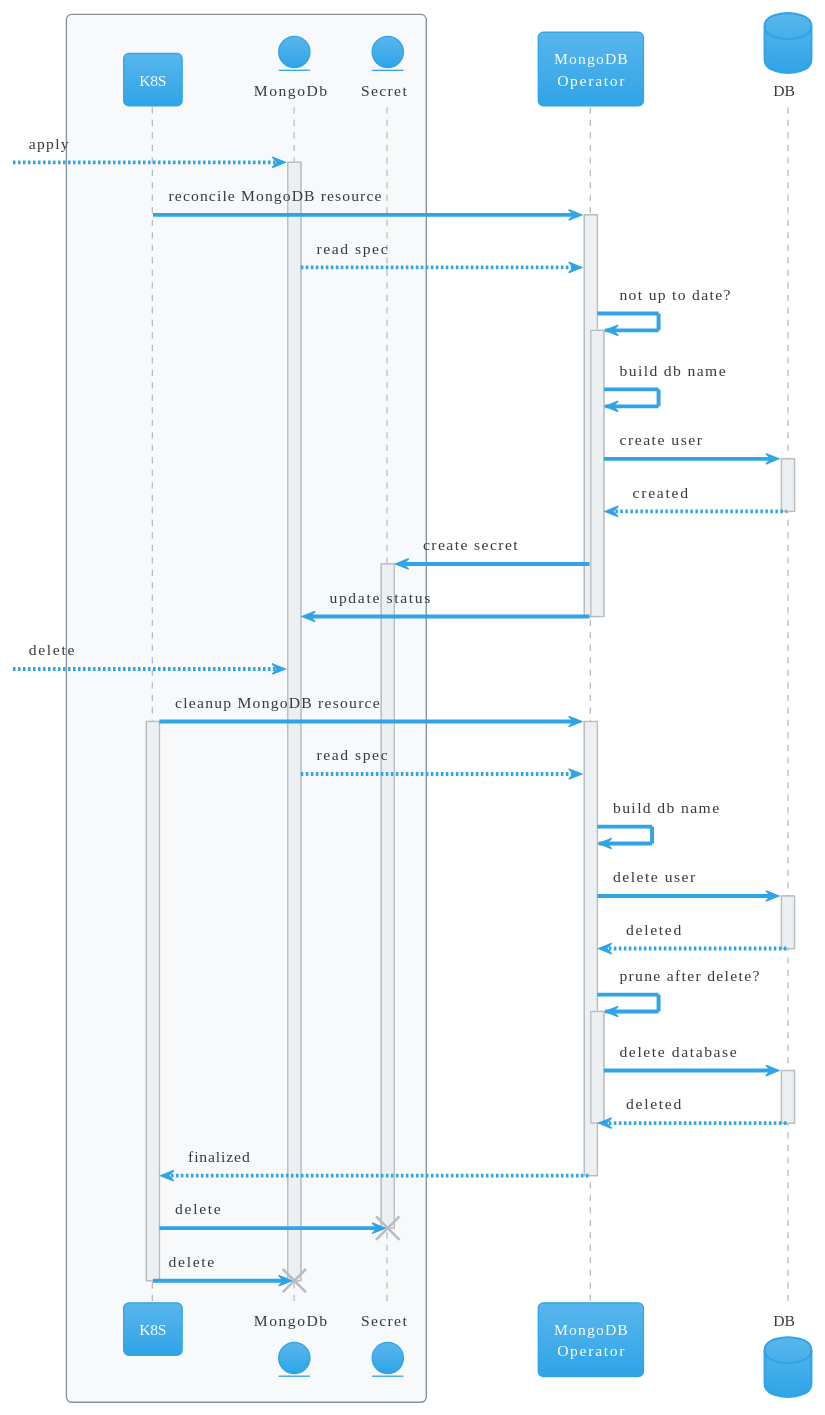
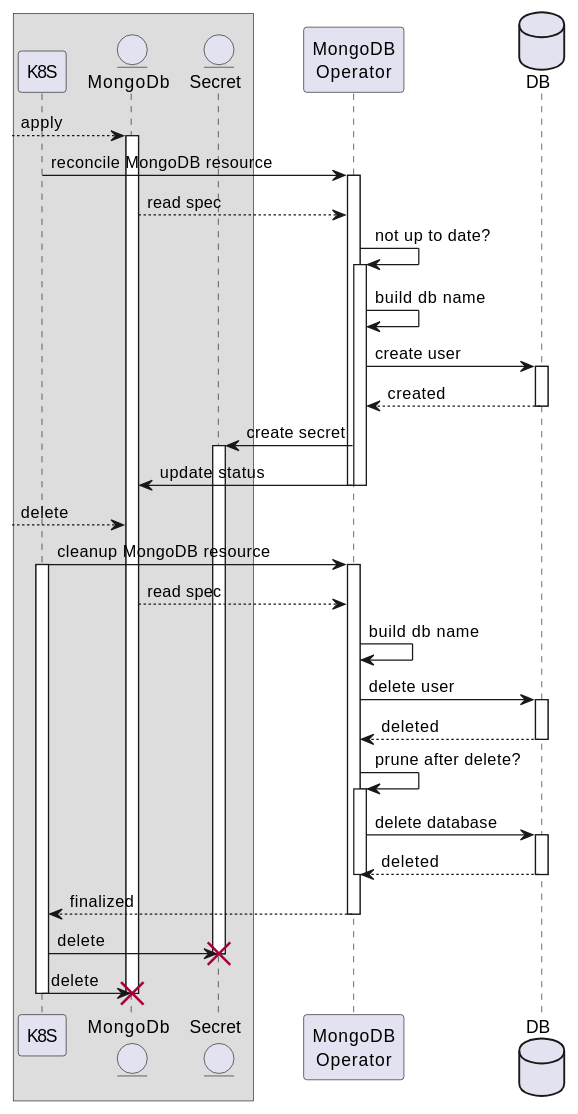
One commit to SDA-SE/mongodb-operator changed the diagram in docs/process.md. Above: the diagram before and after it, drawn with PlantUML. The commit also changed 1 other file, not shown here.

Commit message:
chore: build docs in PR and remove theming
Theme does not work in mkdocs for ghpages as expected.

````diff
--- a/docs/process.md
+++ b/docs/process.md
@@ -13,45 +13,43 @@
 ```plantuml
-!theme cerulean
-
 box
   participant "K8S" as k8s
   entity MongoDb as MDB
   entity Secret as S
 end box
 participant "MongoDB\nOperator" as MO
 database "DB" as DB
 
 [--> MDB: apply
 activate MDB
 k8s -> MO: reconcile MongoDB resource
   activate MO
   MO <-- MDB: read spec
   MO -> MO: not up to date?
   activate MO
   MO -> MO: build db name
   MO -> DB++: create user
   return created
   MO -> S: create secret
   activate S
   MO -> MDB: update status
   deactivate MO
 deactivate MO
 
 [--> MDB: delete
 k8s -> MO: cleanup MongoDB resource
   activate k8s
   activate MO
   MO <-- MDB: read spec
   MO -> MO: build db name
   MO -> DB++: delete user
   return deleted
   MO -> MO: prune after delete?
   activate MO
     MO -> DB++: delete database
     return deleted
   deactivate MO
 return finalized
 k8s -> S !! : delete
 k8s -> MDB !! : delete
 deactivate k8s
 ```
````
